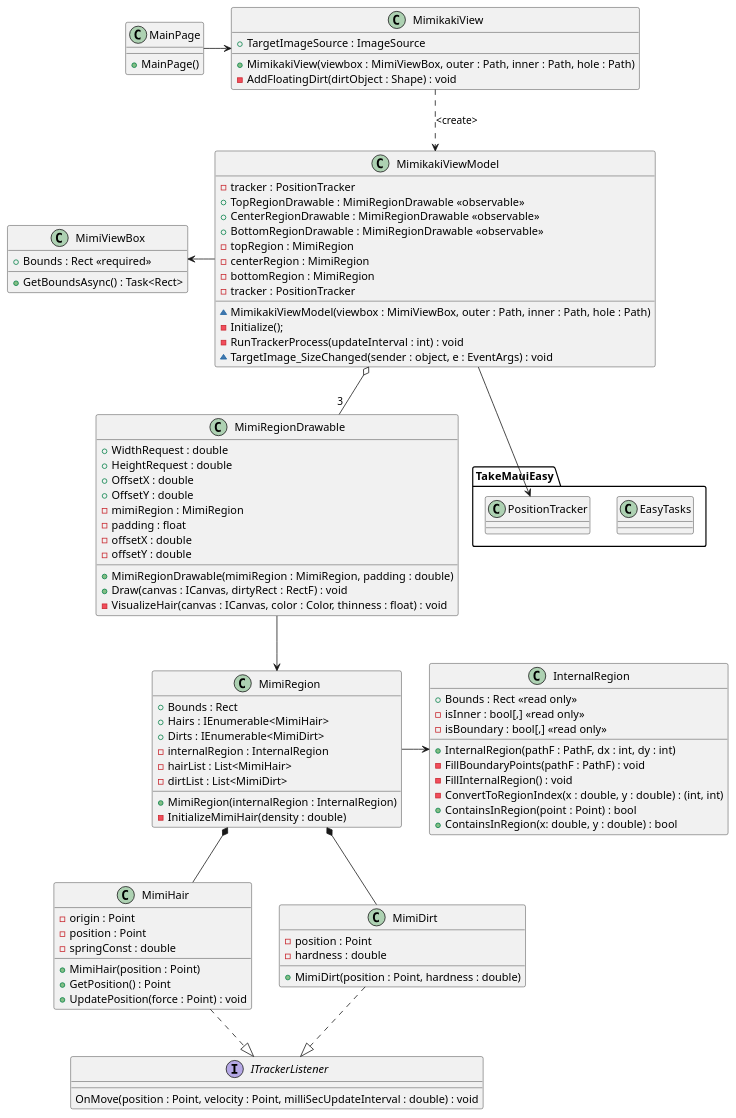
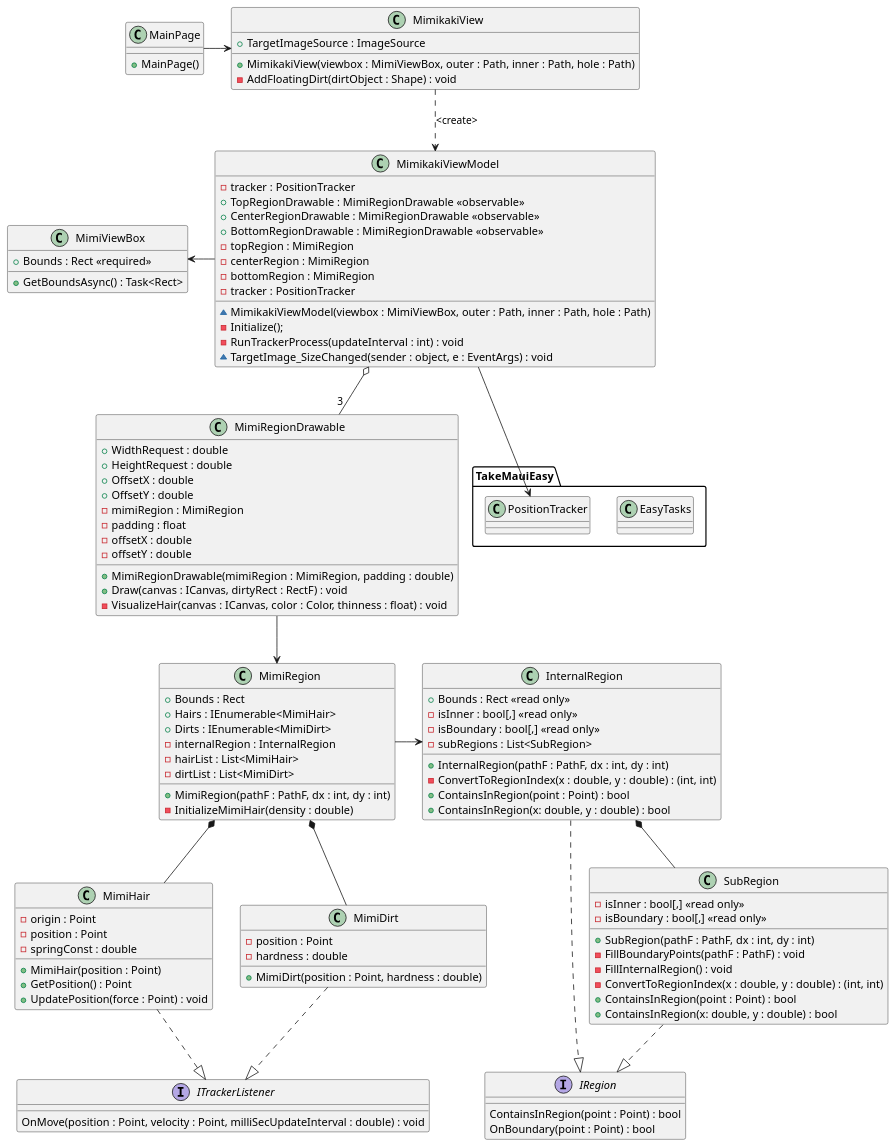
The first of 2 diagrams in uml/MimikakiApp.puml (tatsuya19871219/MauiMimikakiApp), drawn with PlantUML before and after one commit. The commit also changed 10 other files, not shown here.

Commit message:
Add SubRegion class

```diff
--- a/uml/MimikakiApp.puml
+++ b/uml/MimikakiApp.puml
@@ -1,162 +1,188 @@
 @startuml MimikakiClassDiagram
 ' Models
 ' class MimiModel
 ' {
 '     - height : int
 '     - width : int
 '     - topRegion : MimiRegion
 '     - centerRegion : MimiRegion
 '     - bottomRegion : MimiRegion
 ' }
 
 class MimiViewBox
 {
     + Bounds : Rect <<required>>
     + GetBoundsAsync() : Task<Rect>
 }
 
 class MimiRegion
 {
     + Bounds : Rect
     + Hairs : IEnumerable<MimiHair>
     + Dirts : IEnumerable<MimiDirt>
     - internalRegion : InternalRegion
     - hairList : List<MimiHair>
     - dirtList : List<MimiDirt>
-    + MimiRegion(internalRegion : InternalRegion)
+    + MimiRegion(pathF : PathF, dx : int, dy : int)
+    '+ MimiRegion(internalRegion : InternalRegion)
     - InitializeMimiHair(density : double)
     '+ OnTouch : Action
     '+ OnDirtRemoving : Action
     '+ OnDirtRemoved : Action
 }
 
 interface ITrackerListener
 {
     OnMove(position : Point, velocity : Point, milliSecUpdateInterval : double) : void
 }
 
 class MimiHair
 {
     - origin : Point
     - position : Point
     - springConst : double
     + MimiHair(position : Point)
     + GetPosition() : Point
     + UpdatePosition(force : Point) : void
 }
 
 class MimiDirt
 {
     - position : Point
     - hardness : double
     + MimiDirt(position : Point, hardness : double)
 }
 
+interface IRegion
+{
+    ' IsInner : bool[,]
+    ' IsBoundary : bool[,]
+    ContainsInRegion(point : Point) : bool
+    OnBoundary(point : Point) : bool
+}
+
 class InternalRegion
 {
     + Bounds : Rect <<read only>>
     '- topLeft : Point <<read only>>
     '- bottomRight : Point <<read only>>
     - isInner : bool[,] <<read only>>
     - isBoundary : bool[,] <<read only>>
+    - subRegions : List<SubRegion> 
     + InternalRegion(pathF : PathF, dx : int, dy : int)
+    ' - FillBoundaryPoints(pathF : PathF) : void
+    ' - FillInternalRegion() : void
+    - ConvertToRegionIndex(x : double, y : double) : (int, int)
+    + ContainsInRegion(point : Point) : bool
+    + ContainsInRegion(x: double, y : double) : bool
+}
+
+class SubRegion
+{
+    - isInner : bool[,] <<read only>>
+    - isBoundary : bool[,] <<read only>>
+    + SubRegion(pathF : PathF, dx : int, dy : int)
     - FillBoundaryPoints(pathF : PathF) : void
     - FillInternalRegion() : void
     - ConvertToRegionIndex(x : double, y : double) : (int, int)
     + ContainsInRegion(point : Point) : bool
     + ContainsInRegion(x: double, y : double) : bool
 }
 
 ' Views
 class MimikakiView
 {
     + TargetImageSource : ImageSource
     '+ TargetImageOriginalHeight : double
     '+ MimiTrackerLayer : View <<get only property>>
     '+ DisplayRatio : double? <<get only property>>
     '- MimikakiViewModel _vm;
     '+ TrackableView()
     + MimikakiView(viewbox : MimiViewBox, outer : Path, inner : Path, hole : Path)
     '- TargetImage_SizeChanged(sender : object, e : EventArgs) : void
     '- Initialize() : void
     - AddFloatingDirt(dirtObject : Shape) : void
 }
 
 
 ' ViewModels
 class MimikakiViewModel
 {
     - tracker : PositionTracker
     + TopRegionDrawable : MimiRegionDrawable <<observable>>
     + CenterRegionDrawable : MimiRegionDrawable <<observable>>
     + BottomRegionDrawable : MimiRegionDrawable <<observable>>
     - topRegion : MimiRegion
     - centerRegion : MimiRegion
     - bottomRegion : MimiRegion
     - tracker : PositionTracker
     '+ OnMoveOnMimi : Action
     '+ BindTrackableMimi(trackableMimiView : TrackableMimiView) : void
     '- RunTrackerProcess()
     ~ MimikakiViewModel(viewbox : MimiViewBox, outer : Path, inner : Path, hole : Path)
     '~ MimikakiViewModel(tracker : PositionTracker, mimiTop : Geometry, mimiCenter : Geometry, mimiBottom : Geometry)
     - Initialize();
     '~ InvokeTrackerProcess(updateInterval : int) : void
     - RunTrackerProcess(updateInterval : int) : void
     ~ TargetImage_SizeChanged(sender : object, e : EventArgs) : void
 }
 
 
 ' Drawable
 class MimiRegionDrawable
 {
     + WidthRequest : double
     + HeightRequest : double
     + OffsetX : double
     + OffsetY : double
     - mimiRegion : MimiRegion
     '- internal : InternalRegion
     - padding : float
     - offsetX : double
     - offsetY : double
     + MimiRegionDrawable(mimiRegion : MimiRegion, padding : double)
     + Draw(canvas : ICanvas, dirtyRect : RectF) : void
     - VisualizeHair(canvas : ICanvas, color : Color, thinness : float) : void
 }
 
 
 ' Page
 class MainPage
 {
     + MainPage()
     '- InitializeMimiViewModel() : void
     '- InstantiateMimiViewModel(tracker : PositionTracker) : TrackableMimiViewModel
     '- GetGeometryFromString(pathString : string) : Geometry
 }
 
 ' Library
 package TakeMauiEasy
 {
     class EasyTasks
     class PositionTracker
 }
 
 ' 
 MimiRegion -> InternalRegion
 MimiRegion *-- MimiHair
 MimiRegion *-- MimiDirt
 
+InternalRegion *-- SubRegion
+InternalRegion ..|> IRegion
+SubRegion ..|> IRegion
+
 MimiHair ..|> ITrackerListener
 MimiDirt ..|> ITrackerListener
 
 MimikakiViewModel -left-> MimiViewBox
 MimikakiViewModel --> PositionTracker
 MimikakiViewModel o-- "3" MimiRegionDrawable
 
 MimikakiView ..> MimikakiViewModel : <create>
 
 MainPage -> MimikakiView
 
 'MimiRegionDrawable --|> IDrawable
 MimiRegionDrawable --> MimiRegion
 
 @enduml
```
